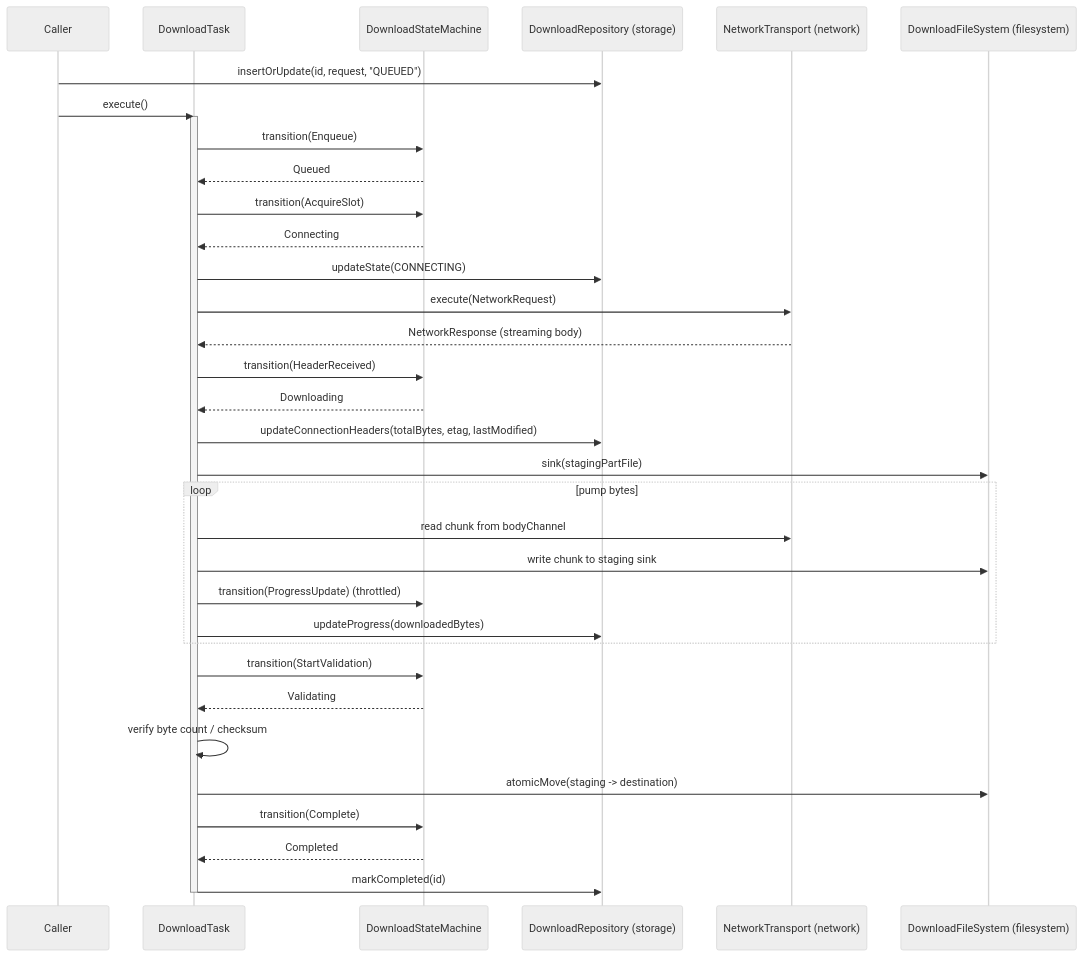
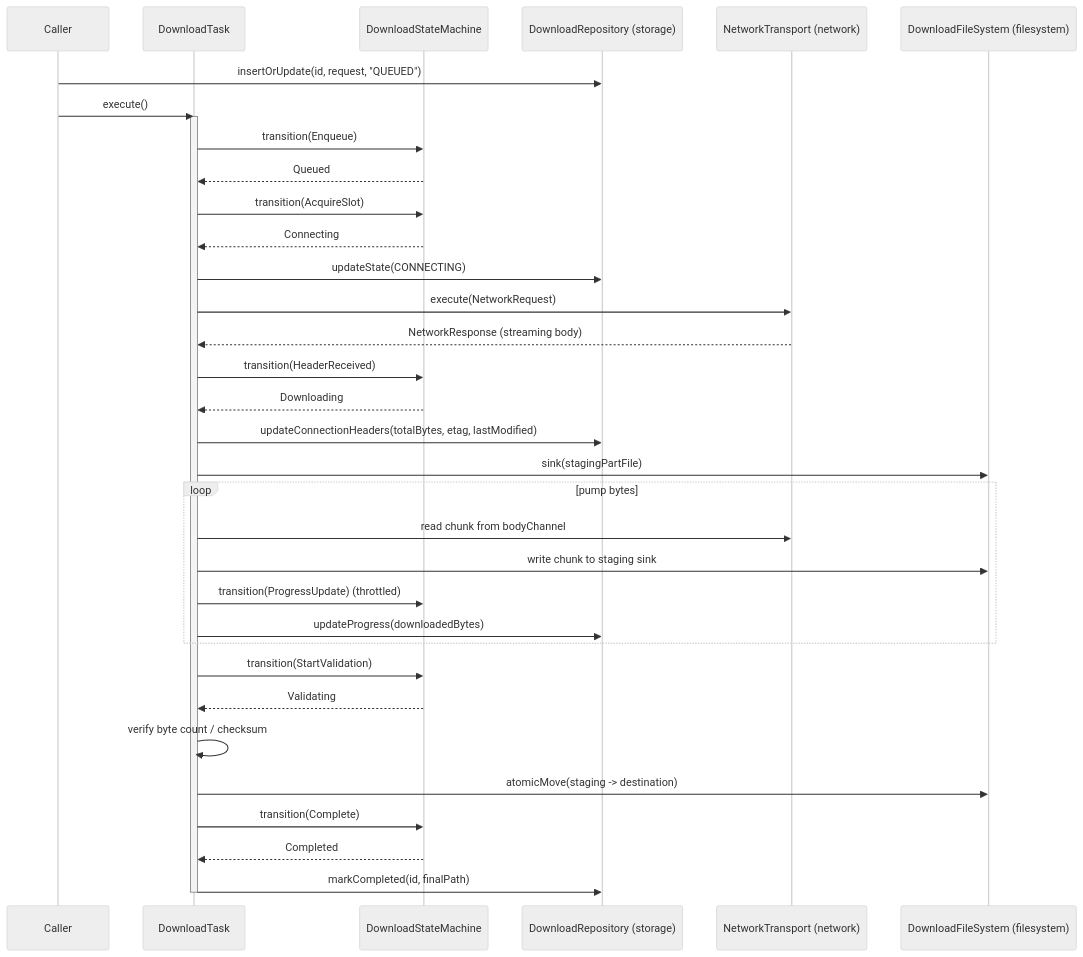
One commit to AGohil29/kmp-file-downloader changed the second of 4 diagrams in docs/architecture/overview.md. Above: the diagram before and after it, drawn with Mermaid (neutral theme). The commit also changed other lines of this file and 17 other files, not shown here.

````diff
--- a/docs/architecture/overview.md
+++ b/docs/architecture/overview.md
@@ -69,45 +69,45 @@
 ```mermaid
 sequenceDiagram
     participant Caller
     participant DownloadTask
     participant SM as DownloadStateMachine
     participant Repo as DownloadRepository (storage)
     participant Net as NetworkTransport (network)
     participant FS as DownloadFileSystem (filesystem)
 
     Caller->>Repo: insertOrUpdate(id, request, "QUEUED")
     Caller->>DownloadTask: execute()
     activate DownloadTask
 
     DownloadTask->>SM: transition(Enqueue)
     SM-->>DownloadTask: Queued
 
     DownloadTask->>SM: transition(AcquireSlot)
     SM-->>DownloadTask: Connecting
     DownloadTask->>Repo: updateState(CONNECTING)
 
     DownloadTask->>Net: execute(NetworkRequest)
     Net-->>DownloadTask: NetworkResponse (streaming body)
 
     DownloadTask->>SM: transition(HeaderReceived)
     SM-->>DownloadTask: Downloading
     DownloadTask->>Repo: updateConnectionHeaders(totalBytes, etag, lastModified)
 
     DownloadTask->>FS: sink(stagingPartFile)
     loop pump bytes
         DownloadTask->>Net: read chunk from bodyChannel
         DownloadTask->>FS: write chunk to staging sink
         DownloadTask->>SM: transition(ProgressUpdate) (throttled)
         DownloadTask->>Repo: updateProgress(downloadedBytes)
     end
 
     DownloadTask->>SM: transition(StartValidation)
     SM-->>DownloadTask: Validating
     DownloadTask->>DownloadTask: verify byte count / checksum
 
     DownloadTask->>FS: atomicMove(staging -> destination)
     DownloadTask->>SM: transition(Complete)
     SM-->>DownloadTask: Completed
-    DownloadTask->>Repo: markCompleted(id)
+    DownloadTask->>Repo: markCompleted(id, finalPath)
     deactivate DownloadTask
 ```
````
